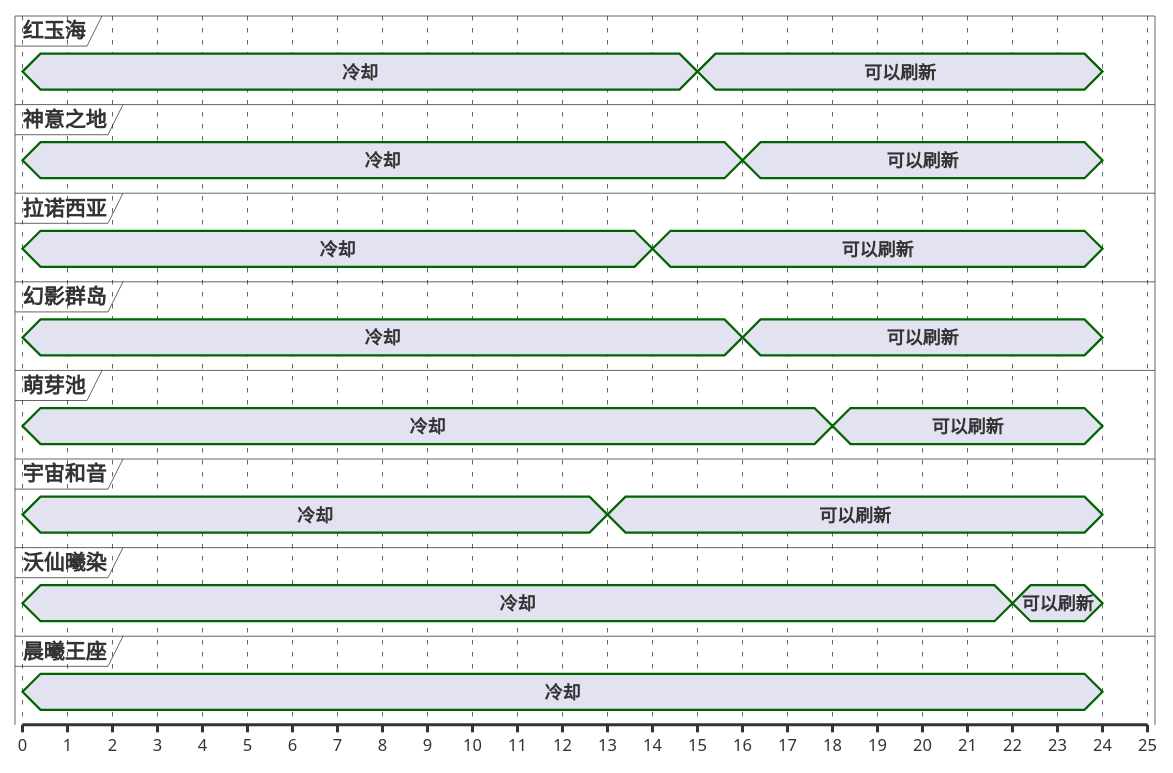
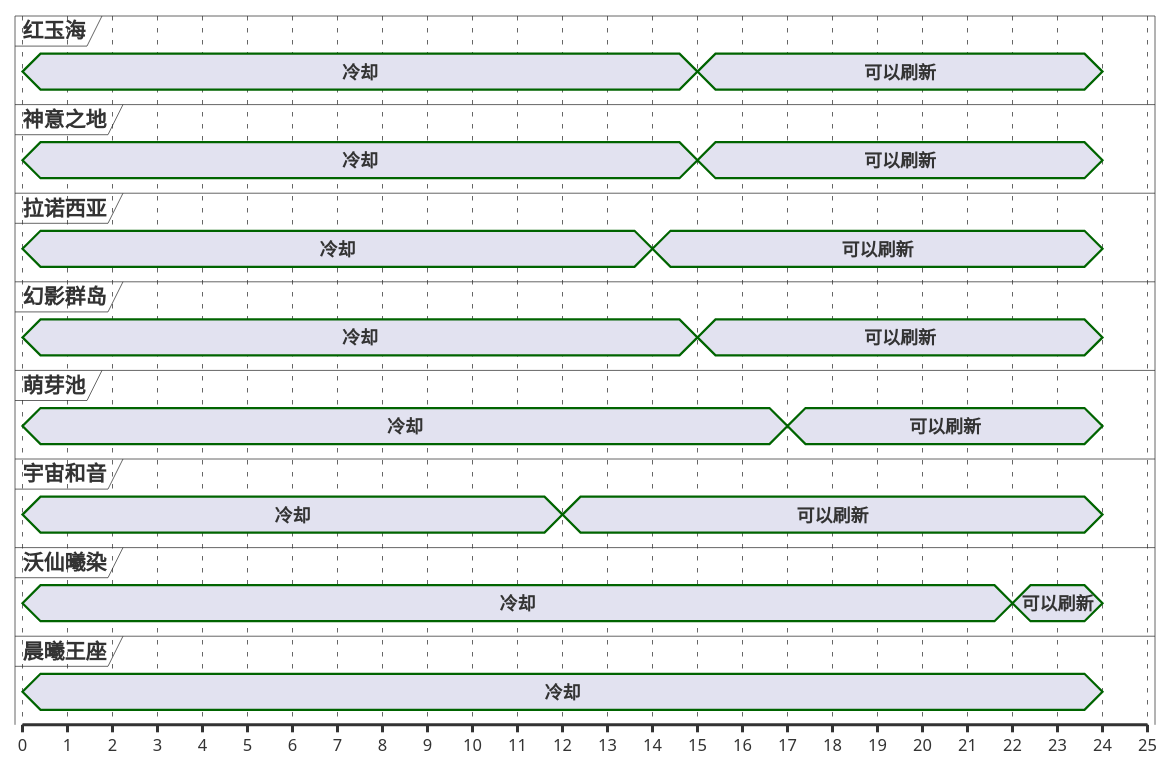
One commit to Eroleice/doc-pi changed the first of 13 diagrams in ffxiv/hunt/2.0/Safat.md. Above: the diagram before and after it, drawn with PlantUML. The commit also changed other lines of this file and 38 other files, not shown here.

````diff
--- a/ffxiv/hunt/2.0/Safat.md
+++ b/ffxiv/hunt/2.0/Safat.md
@@ -33,54 +33,54 @@
 ```plantuml
 @startuml
 scale 1 as 30 pixels
 
 concise 红玉海
 concise 神意之地
 concise 拉诺西亚
 concise 幻影群岛
 concise 萌芽池
 concise 宇宙和音
 concise 沃仙曦染
 concise 晨曦王座
 
 @宇宙和音
 0 is 冷却
-13 is 可以刷新
+12 is 可以刷新
 24 is {hidden}
 
 @拉诺西亚
 0 is 冷却
 14 is 可以刷新
 24 is {hidden}
 
 @晨曦王座
 0 is 冷却
 24 is {hidden}
 
 @红玉海
 0 is 冷却
 15 is 可以刷新
 24 is {hidden}
 
 @神意之地
 0 is 冷却
-16 is 可以刷新
+15 is 可以刷新
 24 is {hidden}
 
 @幻影群岛
 0 is 冷却
-16 is 可以刷新
+15 is 可以刷新
 24 is {hidden}
 
 @萌芽池
 0 is 冷却
-18 is 可以刷新
+17 is 可以刷新
 24 is {hidden}
 
 @沃仙曦染
 0 is 冷却
 22 is 可以刷新
 24 is {hidden}
 
 @enduml
 ```
````
